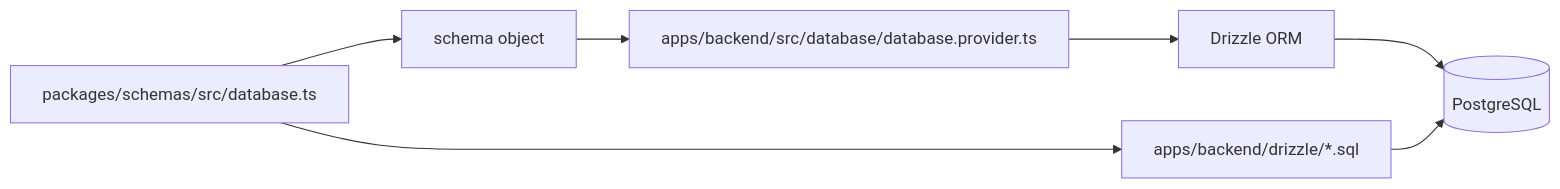
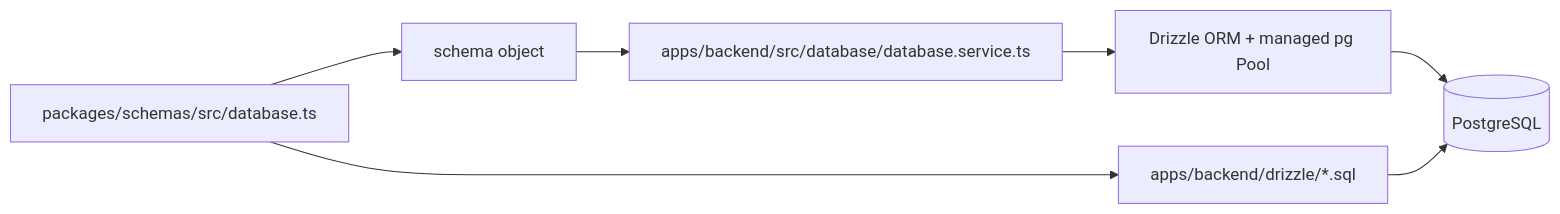
Before and after one commit to DidiWalakutty/Transcendence: the first of 2 diagrams in docs/DATABASE.md, drawn with Mermaid. The commit also changed other lines of this file and 87 other files, not shown here.

````diff
--- a/docs/DATABASE.md
+++ b/docs/DATABASE.md
@@ -35,16 +35,16 @@
 ```mermaid
 flowchart LR
     A["packages/schemas/src/database.ts"]
     B["schema object"]
-    C["apps/backend/src/database/database.provider.ts"]
-    D["Drizzle ORM"]
+    C["apps/backend/src/database/database.service.ts"]
+    D["Drizzle ORM + managed pg Pool"]
     E[("PostgreSQL")]
     F["apps/backend/drizzle/*.sql"]
 
     A --> B
     B --> C
     C --> D
     D --> E
     A --> F
     F --> E
 ```
````
